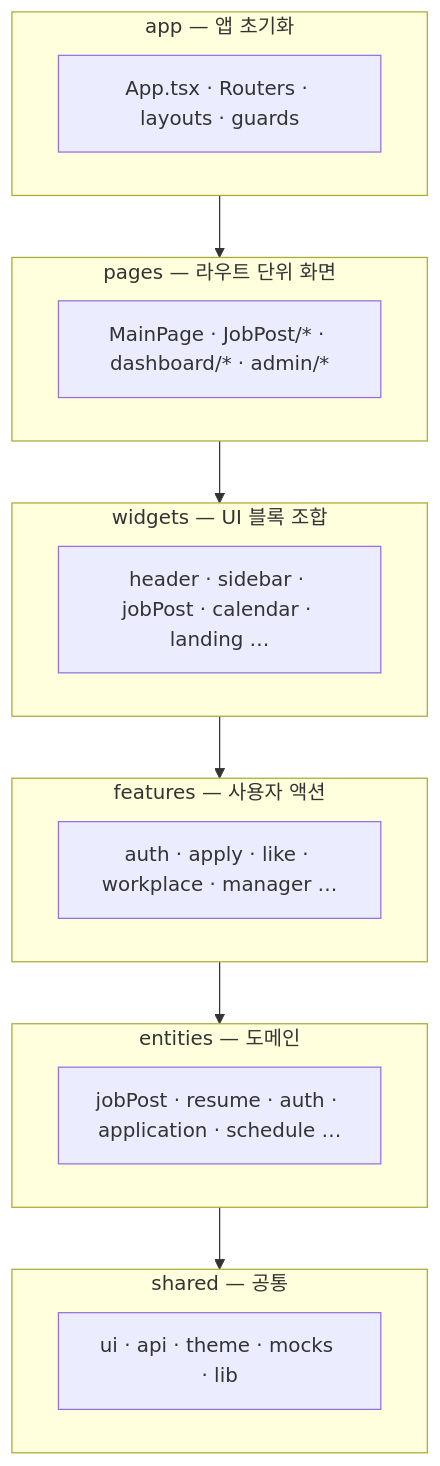
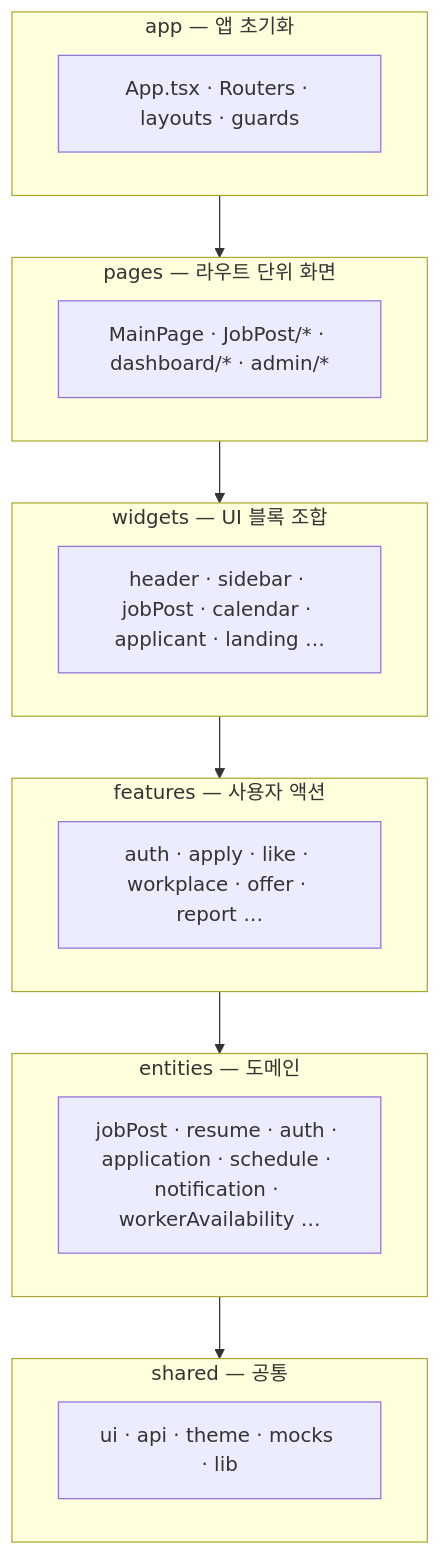
One commit to kookmin-sw/2026-capstone-83 changed the first of 6 diagrams in client/README.md. Above: the diagram before and after it, drawn with Mermaid. The commit also changed other lines of this file, not shown here.

````diff
--- a/client/README.md
+++ b/client/README.md
@@ -123,28 +132,28 @@
 ```mermaid
 flowchart TB
   subgraph L1["app — 앱 초기화"]
     App["App.tsx · Routers · layouts · guards"]
   end
 
   subgraph L2["pages — 라우트 단위 화면"]
     P["MainPage · JobPost/* · dashboard/* · admin/*"]
   end
 
   subgraph L3["widgets — UI 블록 조합"]
-    W["header · sidebar · jobPost · calendar · landing …"]
+    W["header · sidebar · jobPost · calendar · applicant · landing …"]
   end
 
   subgraph L4["features — 사용자 액션"]
-    F["auth · apply · like · workplace · manager …"]
+    F["auth · apply · like · workplace · offer · report …"]
   end
 
   subgraph L5["entities — 도메인"]
-    E["jobPost · resume · auth · application · schedule …"]
+    E["jobPost · resume · auth · application · schedule · notification · workerAvailability …"]
   end
 
   subgraph L6["shared — 공통"]
     S["ui · api · theme · mocks · lib"]
   end
 
   L1 --> L2 --> L3 --> L4 --> L5 --> L6
 ```
````
